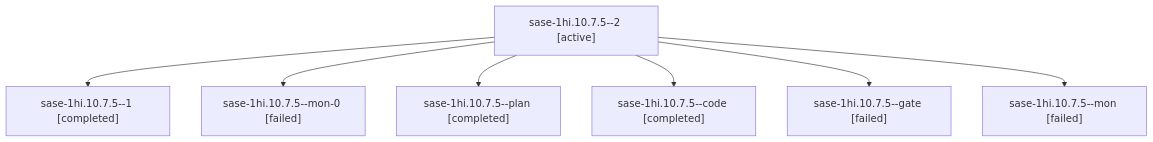
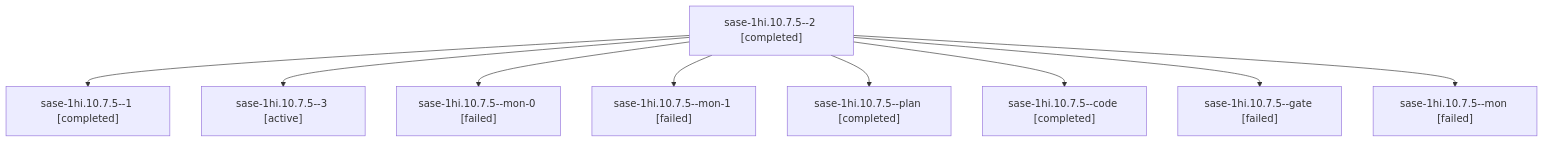
One commit to sase-org/sase--agents changed the diagram in sessions/bbugyi200.apollo.sase-1hi.10.7.5.md. Above: the diagram before and after it, drawn with Mermaid. The commit also changed other lines of this file and 153 other files, not shown here.

````diff
--- a/sessions/bbugyi200.apollo.sase-1hi.10.7.5.md
+++ b/sessions/bbugyi200.apollo.sase-1hi.10.7.5.md
@@ -9,16 +9,20 @@
 ```mermaid
 flowchart TD
-  n0["sase-1hi.10.7.5--2 [active]"]
+  n0["sase-1hi.10.7.5--2 [completed]"]
   n1["sase-1hi.10.7.5--1 [completed]"]
   n0 --> n1
-  n2["sase-1hi.10.7.5--mon-0 [failed]"]
+  n2["sase-1hi.10.7.5--3 [active]"]
   n0 --> n2
-  n3["sase-1hi.10.7.5--plan [completed]"]
+  n3["sase-1hi.10.7.5--mon-0 [failed]"]
   n0 --> n3
-  n4["sase-1hi.10.7.5--code [completed]"]
+  n4["sase-1hi.10.7.5--mon-1 [failed]"]
   n0 --> n4
-  n5["sase-1hi.10.7.5--gate [failed]"]
+  n5["sase-1hi.10.7.5--plan [completed]"]
   n0 --> n5
-  n6["sase-1hi.10.7.5--mon [failed]"]
+  n6["sase-1hi.10.7.5--code [completed]"]
   n0 --> n6
+  n7["sase-1hi.10.7.5--gate [failed]"]
+  n0 --> n7
+  n8["sase-1hi.10.7.5--mon [failed]"]
+  n0 --> n8
 ```
````
